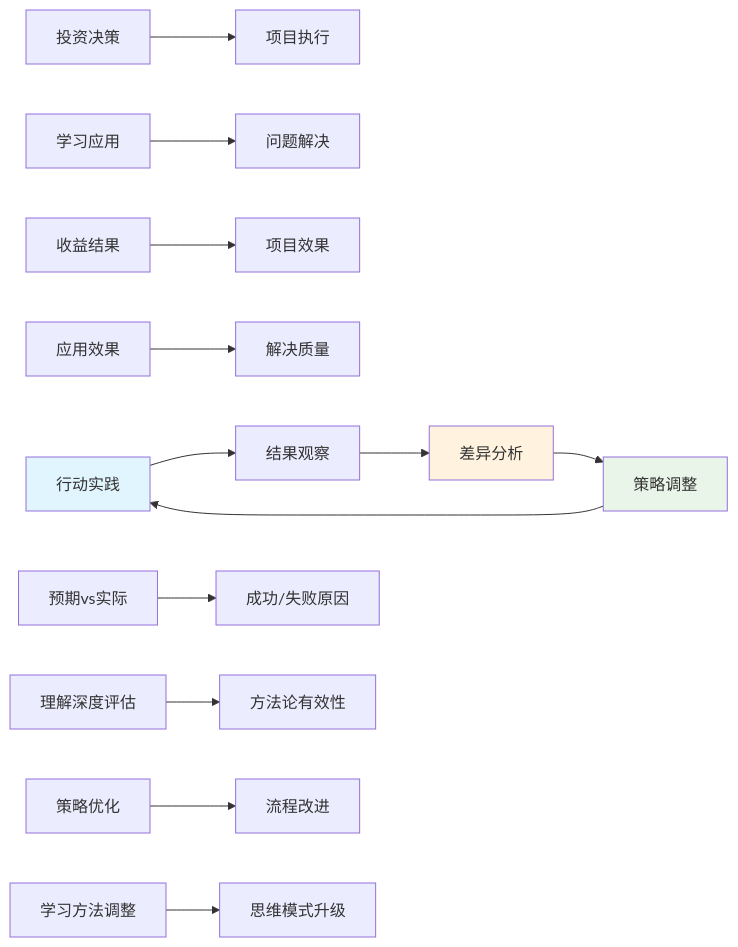
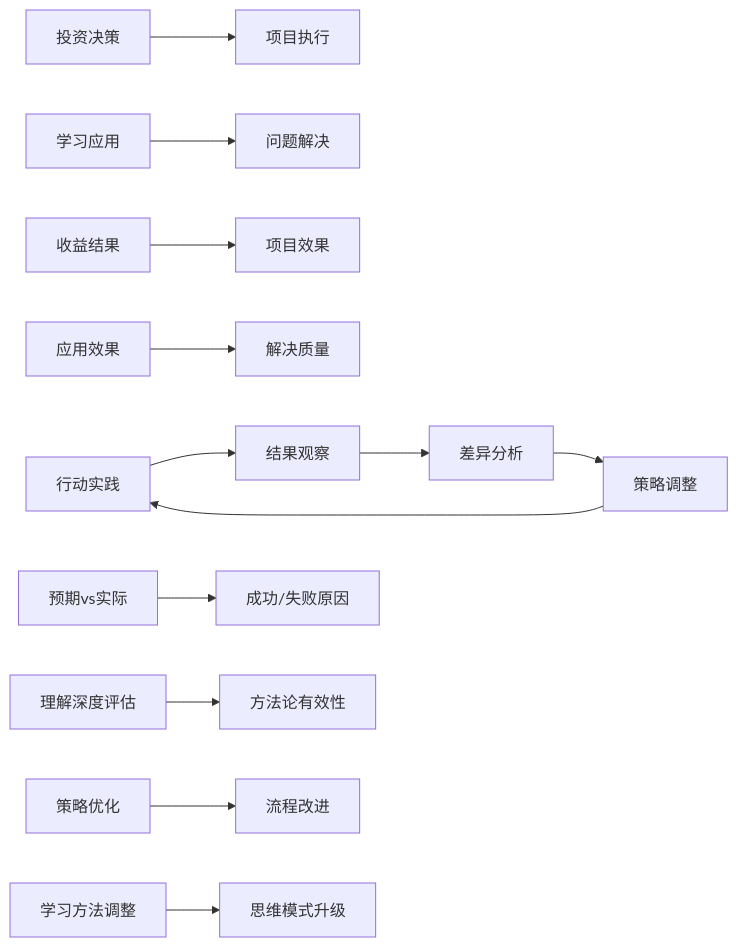
One commit to fangkun119/tech-page changed diagram 15 of 52 in _posts/2025-11-08-book-01-feynman-approach.md. Above: the diagram before and after it, drawn with Mermaid. The commit also changed other lines of this file and 1 other file, not shown here.

Commit message:
feat: adjust diagram color

````diff
--- a/_posts/2025-11-08-book-01-feynman-approach.md
+++ b/_posts/2025-11-08-book-01-feynman-approach.md
@@ -1526,23 +1460,19 @@
 ```mermaid
 graph LR
     A[行动实践] --> B[结果观察]
     B --> C[差异分析]
     C --> D[策略调整]
     D --> A
 
     A1[投资决策] --> A2[项目执行]
     A3[学习应用] --> A4[问题解决]
 
     B1[收益结果] --> B2[项目效果]
     B3[应用效果] --> B4[解决质量]
 
     C1[预期vs实际] --> C2[成功/失败原因]
     C3[理解深度评估] --> C4[方法论有效性]
 
     D1[策略优化] --> D2[流程改进]
     D3[学习方法调整] --> D4[思维模式升级]
-
-    style A fill:#e1f5fe
-    style C fill:#fff3e0
-    style D fill:#e8f5e8
 ```
````
